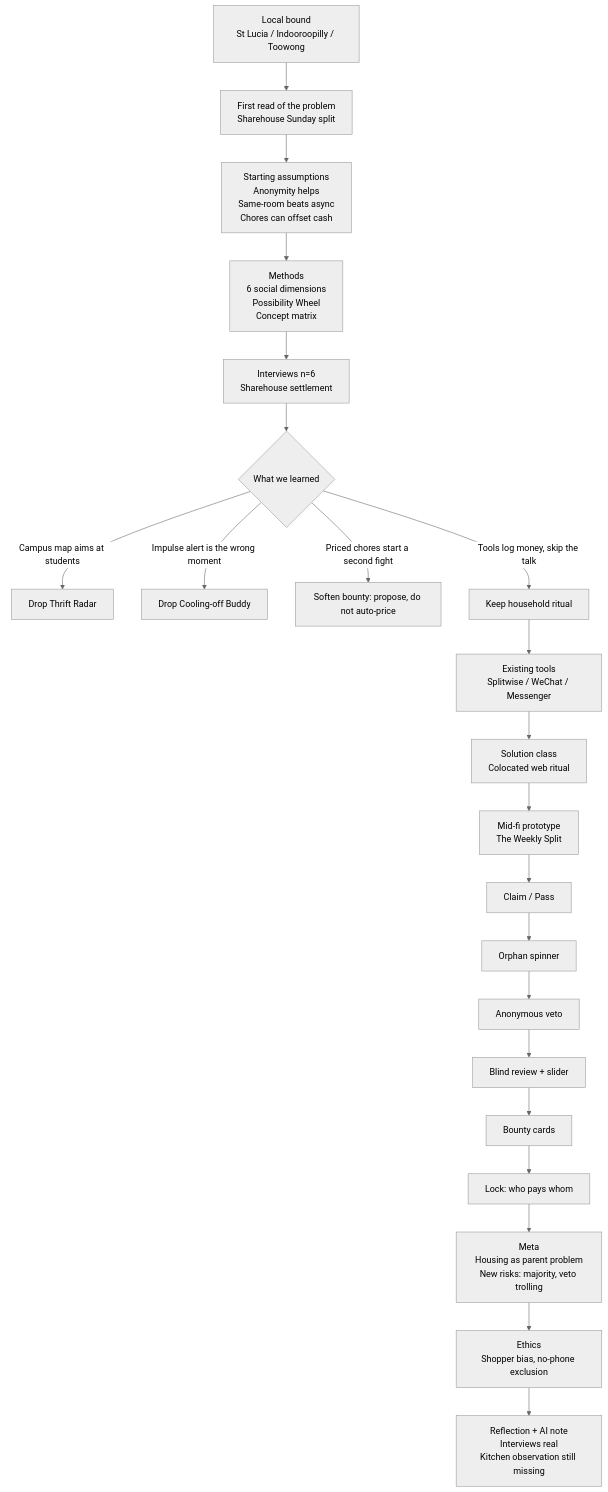
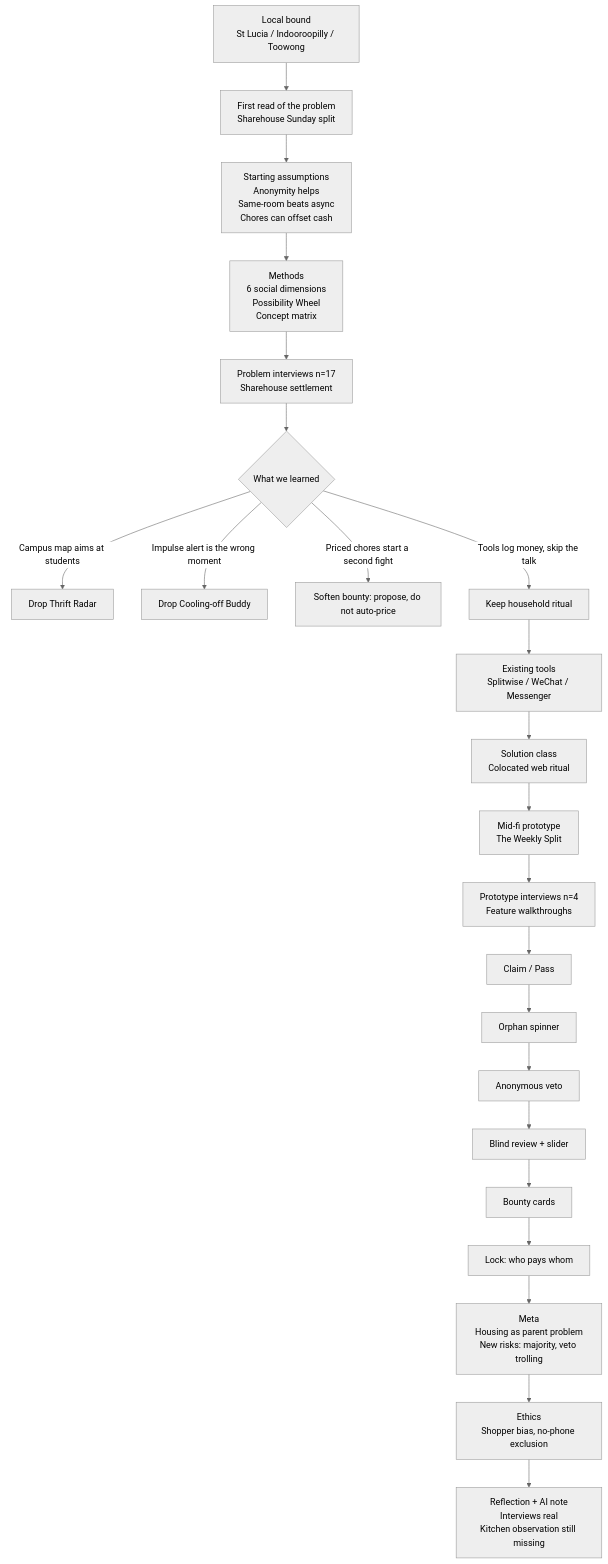
The diagram in wiki/Process-Flow.md (MaloneWayne/Deco3500-Team-17), drawn with Mermaid (neutral theme) before and after one commit. The commit also changed other lines of this file and 6 other files, not shown here.

````diff
--- a/wiki/Process-Flow.md
+++ b/wiki/Process-Flow.md
@@ -5,24 +5,25 @@
 ```mermaid
 flowchart TD
   A[Local bound<br/>St Lucia / Indooroopilly / Toowong] --> B[First read of the problem<br/>Sharehouse Sunday split]
   B --> C[Starting assumptions<br/>Anonymity helps<br/>Same-room beats async<br/>Chores can offset cash]
   C --> D[Methods<br/>6 social dimensions<br/>Possibility Wheel<br/>Concept matrix]
-  D --> E[Interviews n=6<br/>Sharehouse settlement]
+  D --> E[Problem interviews n=17<br/>Sharehouse settlement]
   E --> F{What we learned}
   F -->|Campus map aims at students| G[Drop Thrift Radar]
   F -->|Impulse alert is the wrong moment| H[Drop Cooling-off Buddy]
   F -->|Priced chores start a second fight| I[Soften bounty: propose, do not auto-price]
   F -->|Tools log money, skip the talk| J[Keep household ritual]
   J --> K[Existing tools<br/>Splitwise / WeChat / Messenger]
   K --> L[Solution class<br/>Colocated web ritual]
   L --> M[Mid-fi prototype<br/>The Weekly Split]
-  M --> N[Claim / Pass]
+  M --> W[Prototype interviews n=4<br/>Feature walkthroughs]
+  W --> N[Claim / Pass]
   N --> O[Orphan spinner]
   O --> P[Anonymous veto]
   P --> Q[Blind review + slider]
   Q --> R[Bounty cards]
   R --> S[Lock: who pays whom]
   S --> T[Meta<br/>Housing as parent problem<br/>New risks: majority, veto trolling]
   T --> U[Ethics<br/>Shopper bias, no-phone exclusion]
   U --> V[Reflection + AI note<br/>Interviews real<br/>Kitchen observation still missing]
 ```
````
